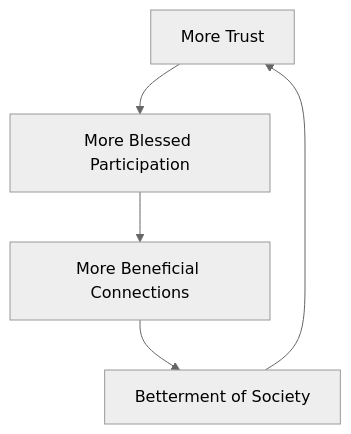
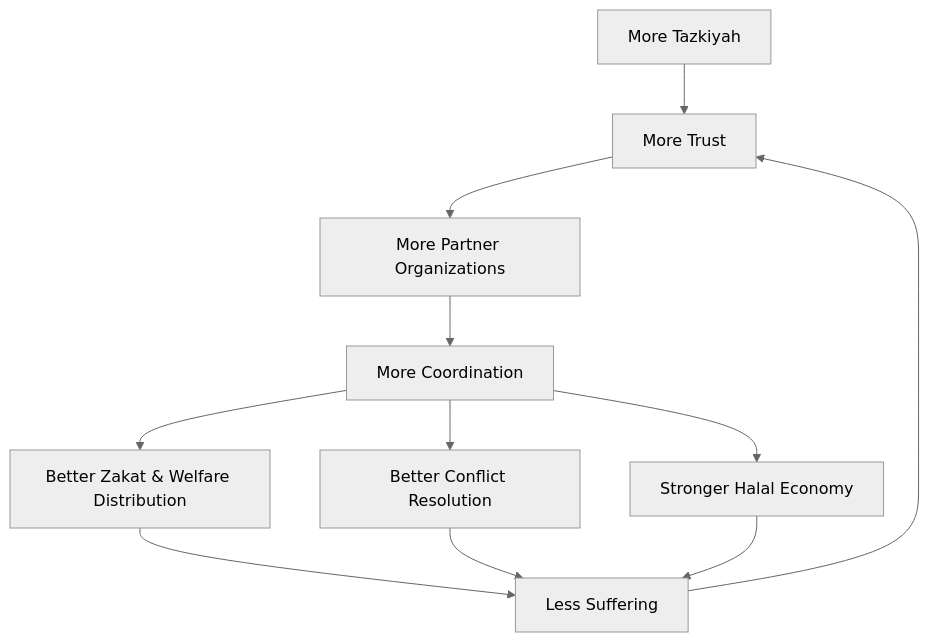
One commit to Mahir101/Taqdimah changed the third of 3 diagrams in README.md. Above: the diagram before and after it, drawn with Mermaid (neutral theme). The commit also changed other lines of this file and 8 other files, not shown here.

````diff
--- a/README.md
+++ b/README.md
@@ -131,7 +232,13 @@
 ```mermaid
 flowchart TD
-    Trust[More Trust] --> Participation[More Blessed Participation]
-    Participation --> Connections[More Beneficial Connections]
-    Connections --> Islah[Betterment of Society]
-    Islah --> Trust
+    Tazkiyah[More Tazkiyah] --> Trust[More Trust]
+    Trust --> Partners[More Partner Organizations]
+    Partners --> Coordination[More Coordination]
+    Coordination --> Zakat[Better Zakat & Welfare Distribution]
+    Coordination --> Resolution[Better Conflict Resolution]
+    Coordination --> Economy[Stronger Halal Economy]
+    Zakat --> Welfare[Less Suffering]
+    Resolution --> Welfare
+    Economy --> Welfare
+    Welfare --> Trust
 ```
````
